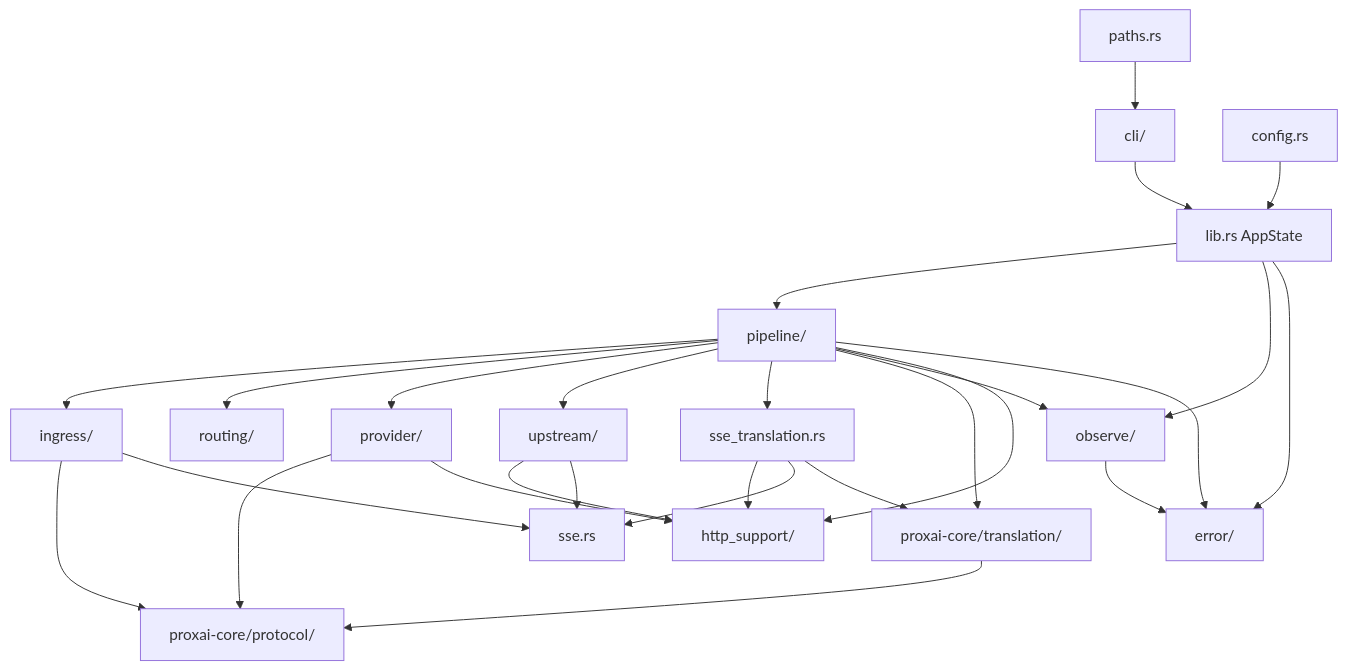
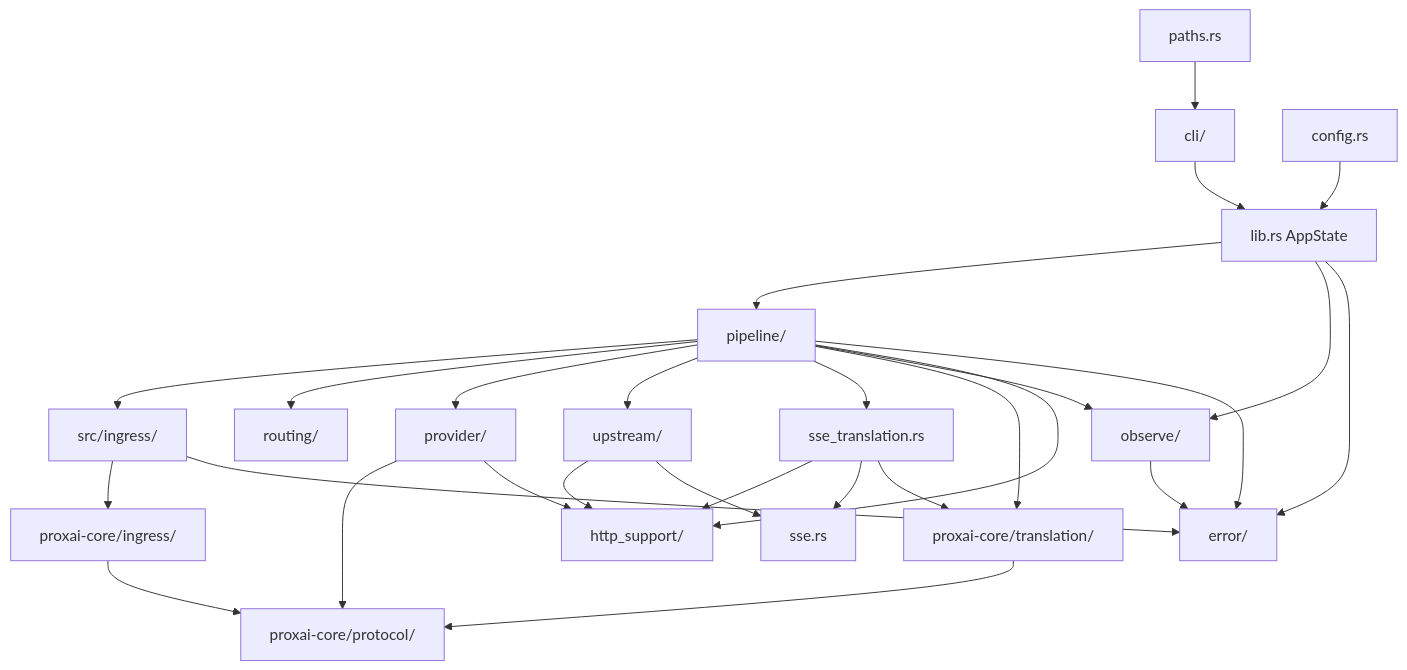
One commit to VIDLG/proxai changed the diagram in site/src/content/docs/developer/architecture/index.mdx. Above: the diagram before and after it, drawn with Mermaid. The commit also changed other lines of this file and 104 other files, not shown here.

Commit message:
Move ingress and observation infrastructure into proxai-core

````diff
--- a/site/src/content/docs/developer/architecture/index.mdx
+++ b/site/src/content/docs/developer/architecture/index.mdx
@@ -227,31 +232,32 @@
 ```mermaid
 flowchart TD
   cli[cli/] --> lib[lib.rs AppState]
   config[config.rs] --> lib
   paths[paths.rs] --> cli
   lib --> pipeline[pipeline/]
 
-  pipeline --> ingress[ingress/]
+  pipeline --> app_ingress[src/ingress/]
   pipeline --> routing[routing/]
   pipeline --> provider[provider/]
   pipeline --> upstream[upstream/]
   pipeline --> sse_translation[sse_translation.rs]
   pipeline --> translation[proxai-core/translation/]
   pipeline --> observe[observe/]
   pipeline --> http_support[http_support/]
   pipeline --> error[error/]
 
-  ingress --> protocol[proxai-core/protocol/]
+  app_ingress --> core_ingress[proxai-core/ingress/]
+  core_ingress --> protocol[proxai-core/protocol/]
   translation --> protocol
   provider --> protocol
   upstream --> http_support
   provider --> http_support
   sse_translation --> http_support
   sse_translation --> sse[sse.rs]
   sse_translation --> translation
-  ingress --> sse
+  app_ingress --> error
   upstream --> sse
   observe --> error
   lib --> observe
   lib --> error
 ```
````
